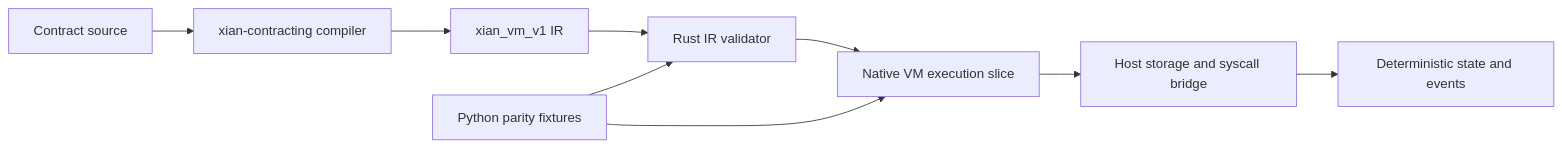
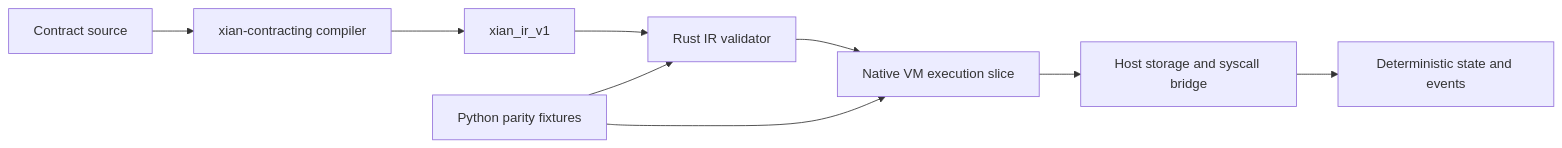
One commit to xian-technology/xian-contracting changed the diagram in packages/xian-vm-core/README.md. Above: the diagram before and after it, drawn with Mermaid. The commit also changed other lines of this file and 71 other files, not shown here.

````diff
--- a/packages/xian-vm-core/README.md
+++ b/packages/xian-vm-core/README.md
@@ -6,11 +5,11 @@
 ```mermaid
 flowchart LR
   Source["Contract source"] --> Compiler["xian-contracting compiler"]
-  Compiler --> IR["xian_vm_v1 IR"]
+  Compiler --> IR["xian_ir_v1"]
   IR --> Validator["Rust IR validator"]
   Validator --> VM["Native VM execution slice"]
   VM --> Host["Host storage and syscall bridge"]
   Host --> State["Deterministic state and events"]
   Fixtures["Python parity fixtures"] --> Validator
   Fixtures --> VM
 ```
````
